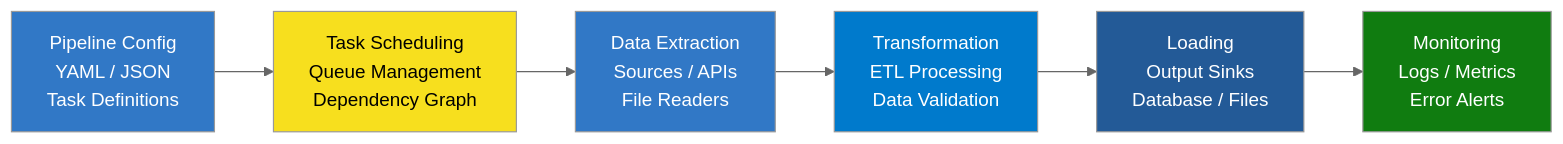
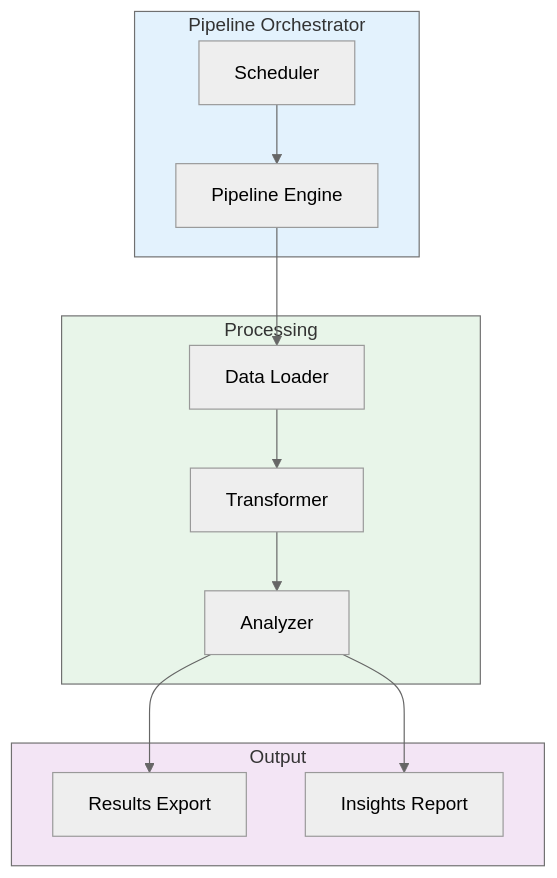
Before and after one commit to galafis/Data-Pipeline-Orchestrator-TS: the diagram in README.md, drawn with Mermaid (neutral theme). The commit also changed other lines of this file and 2 other files, not shown here.

````diff
--- a/README.md
+++ b/README.md
@@ -19,15 +21,22 @@
 ```mermaid
-flowchart LR
-    A[Pipeline Config\nYAML / JSON\nTask Definitions] --> B[Task Scheduling\nQueue Management\nDependency Graph]
-    B --> C[Data Extraction\nSources / APIs\nFile Readers]
-    C --> D[Transformation\nETL Processing\nData Validation]
-    D --> E[Loading\nOutput Sinks\nDatabase / Files]
-    E --> F[Monitoring\nLogs / Metrics\nError Alerts]
-
-    style A fill:#3178C6,color:#fff
-    style B fill:#F7DF1E,color:#000
-    style C fill:#3178C6,color:#fff
-    style D fill:#007ACC,color:#fff
-    style E fill:#235A97,color:#fff
-    style F fill:#107C10,color:#fff
+graph TB
+    subgraph Orchestrator["Pipeline Orchestrator"]
+        A[Scheduler]
+        B[Pipeline Engine]
+    end
+    subgraph Processing["Processing"]
+        C[Data Loader]
+        D[Transformer]
+        E[Analyzer]
+    end
+    subgraph Output["Output"]
+        F[Results Export]
+        G[Insights Report]
+    end
+    A --> B --> C --> D --> E
+    E --> F
+    E --> G
+    style Orchestrator fill:#e3f2fd
+    style Processing fill:#e8f5e9
+    style Output fill:#f3e5f5
 ```
````
